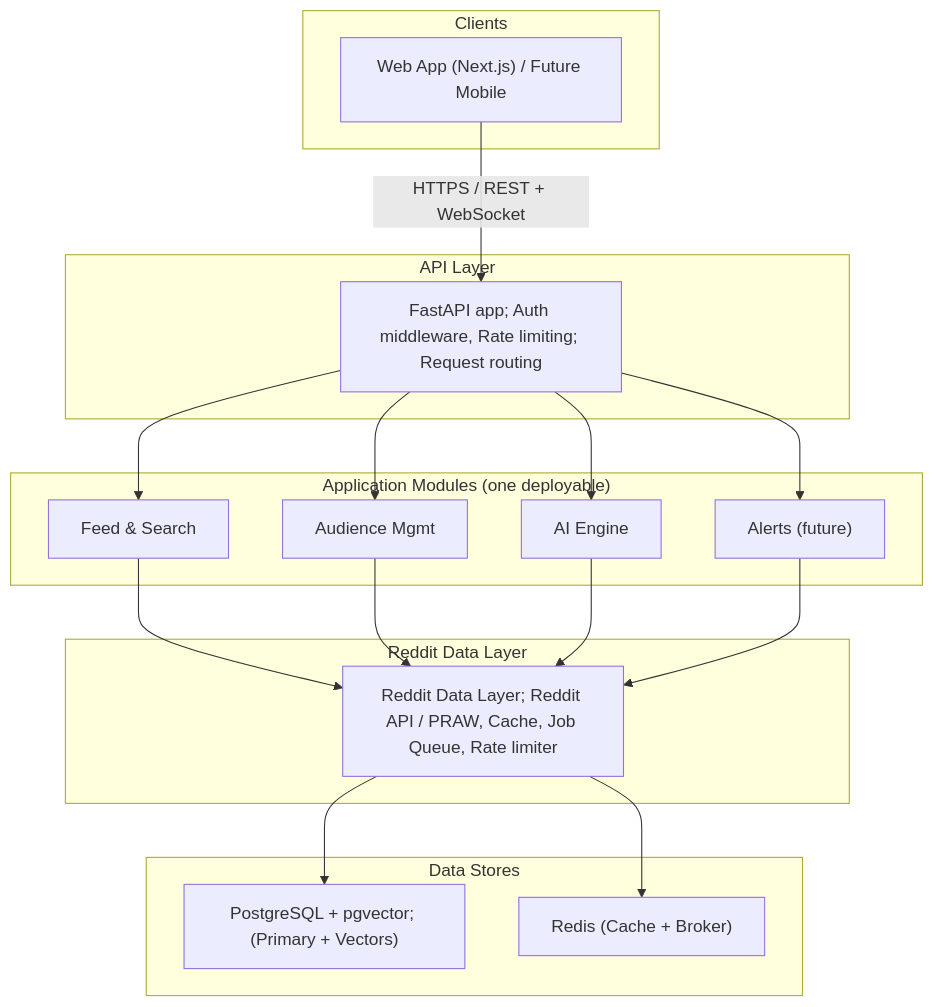
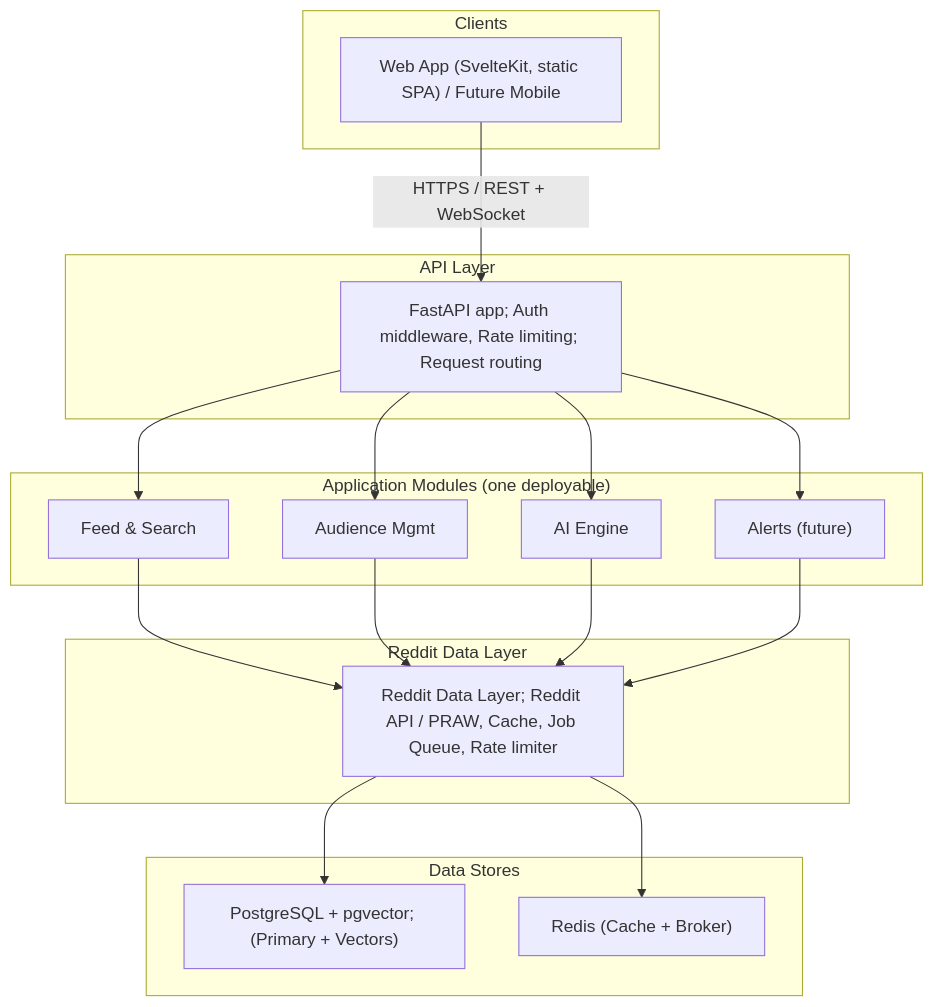
Before and after one commit to souparno-nag/GummySearch: the diagram in README.md, drawn with Mermaid. The commit also changed 3 other files, not shown here.

Commit message:
Shift approach from NextJS to more lightweight Svelte with SvelteKit

````diff
--- a/README.md
+++ b/README.md
@@ -208,41 +208,41 @@
 ```mermaid
 graph TD
     subgraph Clients ["Clients"]
-        WebApp["Web App (Next.js) / Future Mobile"]
+        WebApp["Web App (SvelteKit, static SPA) / Future Mobile"]
     end
 
     WebApp -- "HTTPS / REST + WebSocket" --> APIGateway
 
     subgraph API_Gateway ["API Layer"]
         APIGateway["FastAPI app; Auth middleware, Rate limiting; Request routing"]
     end
 
     APIGateway --> Feed
     APIGateway --> Audience
     APIGateway --> AI
     APIGateway --> Alerts
 
     subgraph Modules ["Application Modules (one deployable)"]
         Feed["Feed & Search"]
         Audience["Audience Mgmt"]
         AI["AI Engine"]
         Alerts["Alerts (future)"]
     end
 
     Feed --> RedditData
     Audience --> RedditData
     AI --> RedditData
     Alerts --> RedditData
 
     subgraph Data_Layer ["Reddit Data Layer"]
         RedditData["Reddit Data Layer; Reddit API / PRAW, Cache, Job Queue, Rate limiter"]
     end
 
     RedditData --> PostgreSQL
     RedditData --> Redis
 
     subgraph Storage ["Data Stores"]
         PostgreSQL["PostgreSQL + pgvector; (Primary + Vectors)"]
         Redis["Redis (Cache + Broker)"]
     end
 ```
````
